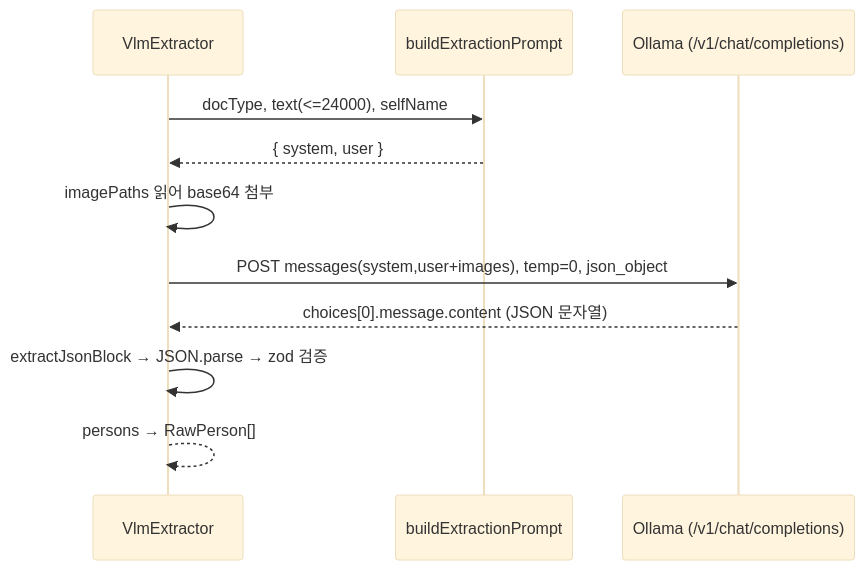
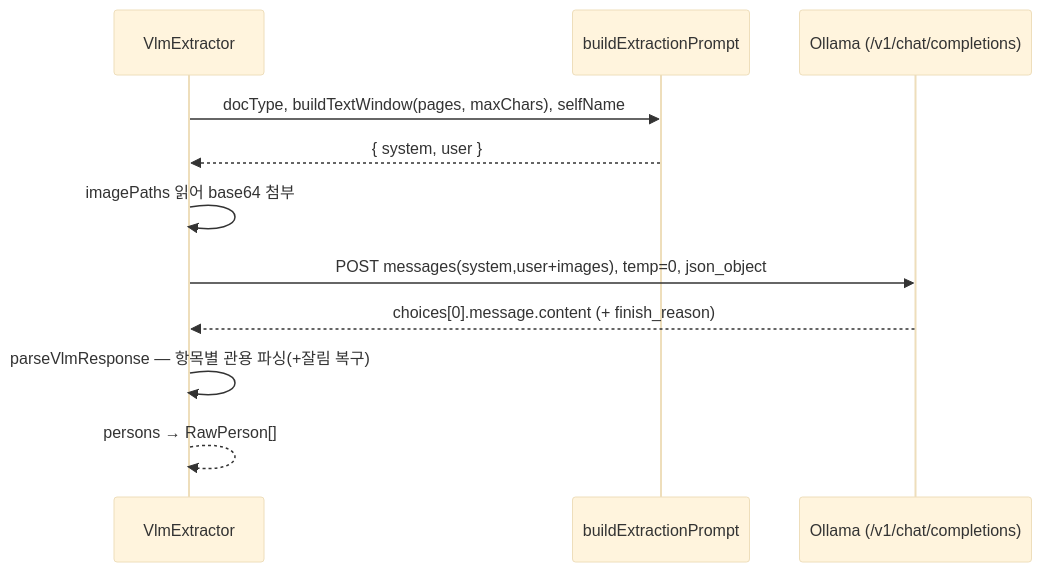
Before and after one commit to mooner92/MineSweeper: the second of 2 diagrams in docs/extractors.md, drawn with Mermaid (base theme). The commit also changed other lines of this file and 56 other files, not shown here.

````diff
--- a/docs/extractors.md
+++ b/docs/extractors.md
@@ -449,13 +471,13 @@
 ```mermaid
 sequenceDiagram
   participant E as VlmExtractor
   participant P as buildExtractionPrompt
   participant O as Ollama (/v1/chat/completions)
-  E->>P: docType, text(<=24000), selfName
+  E->>P: docType, buildTextWindow(pages, maxChars), selfName
   P-->>E: { system, user }
   E->>E: imagePaths 읽어 base64 첨부
   E->>O: POST messages(system,user+images), temp=0, json_object
-  O-->>E: choices[0].message.content (JSON 문자열)
-  E->>E: extractJsonBlock → JSON.parse → zod 검증
+  O-->>E: choices[0].message.content (+ finish_reason)
+  E->>E: parseVlmResponse — 항목별 관용 파싱(+잘림 복구)
   E-->>E: persons → RawPerson[]
 ```
````
